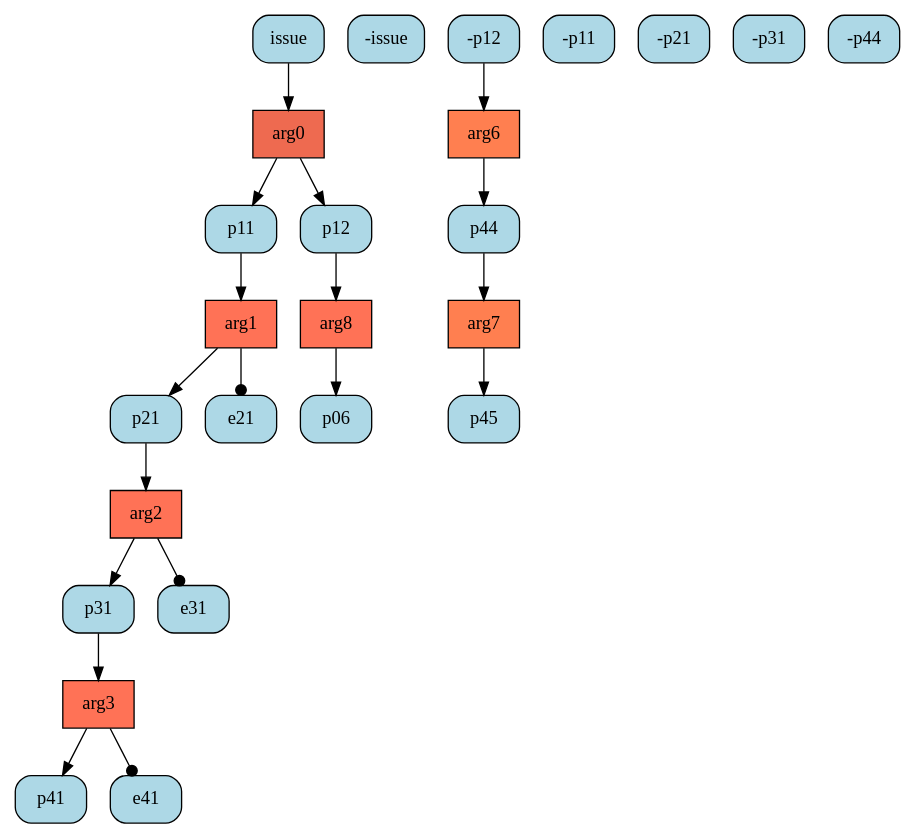
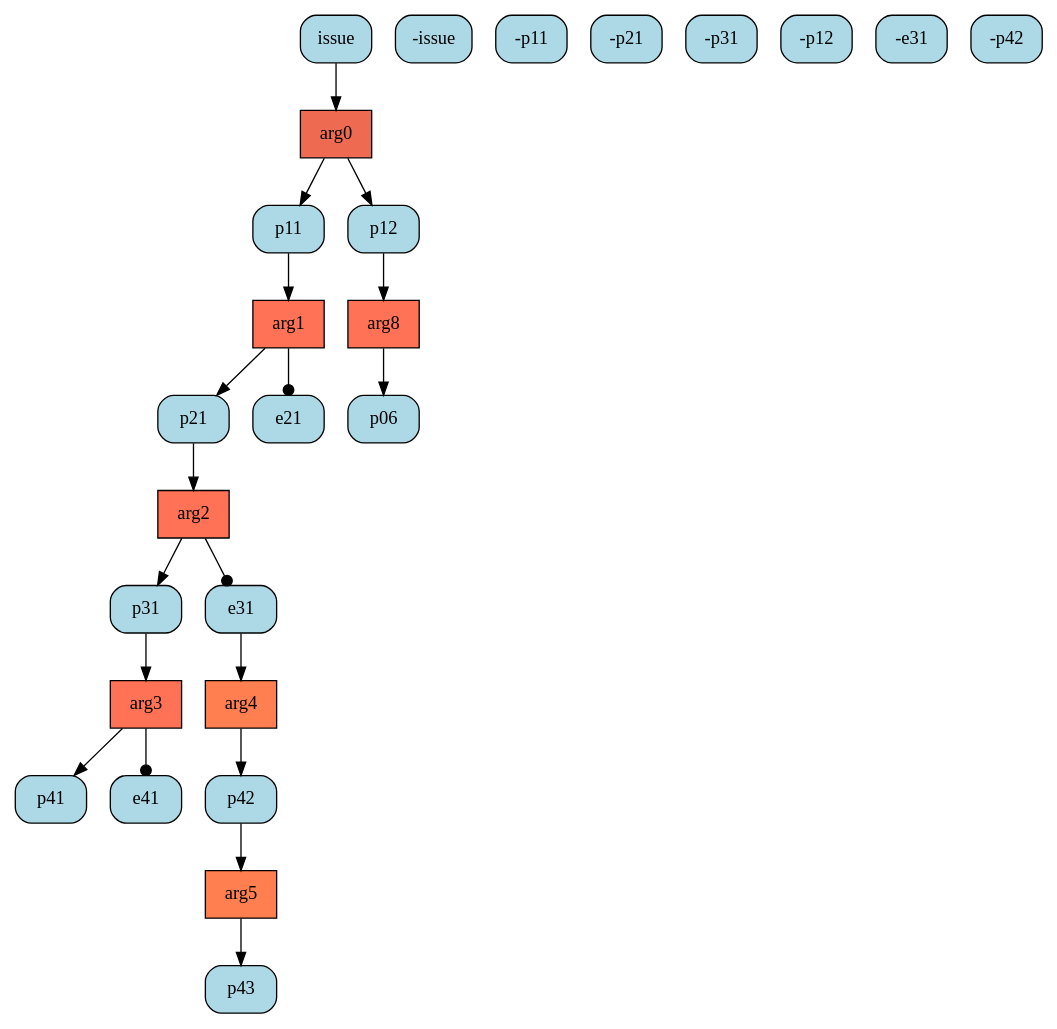
Before and after one commit to goweiting/carneades-ext: the diagram in system/dot/deep1vs1/1_final.dot, drawn with Graphviz. The commit also changed 38 other files, not shown here.

```diff
--- a/system/dot/deep1vs1/1_final.dot
+++ b/system/dot/deep1vs1/1_final.dot
@@ -1,45 +1,46 @@
 digraph G{ 
 "arg0" [color="black", fillcolor="coral2",fixedsize=false, shape=box, style="filled"]; 
 "issue" [color="black", fillcolor="lightblue", fixedsize=false,  shape="box", style="rounded,filled"]; 
 "-issue" [color="black", fillcolor="lightblue", fixedsize=false,  shape="box", style="rounded,filled"]; 
 "p11" [color="black", fillcolor="lightblue", fixedsize=false,  shape="box", style="rounded,filled"]; 
 "p12" [color="black", fillcolor="lightblue", fixedsize=false,  shape="box", style="rounded,filled"]; 
-"arg8" [color="black", fillcolor="coral1",fixedsize=false, shape=box, style="filled"]; 
-"-p12" [color="black", fillcolor="lightblue", fixedsize=false,  shape="box", style="rounded,filled"]; 
-"p06" [color="black", fillcolor="lightblue", fixedsize=false,  shape="box", style="rounded,filled"]; 
 "arg1" [color="black", fillcolor="coral1",fixedsize=false, shape=box, style="filled"]; 
 "-p11" [color="black", fillcolor="lightblue", fixedsize=false,  shape="box", style="rounded,filled"]; 
 "p21" [color="black", fillcolor="lightblue", fixedsize=false,  shape="box", style="rounded,filled"]; 
 "e21" [color="black", fillcolor="lightblue", fixedsize=false,  shape="box", style="rounded,filled"]; 
 "arg2" [color="black", fillcolor="coral1",fixedsize=false, shape=box, style="filled"]; 
 "-p21" [color="black", fillcolor="lightblue", fixedsize=false,  shape="box", style="rounded,filled"]; 
 "p31" [color="black", fillcolor="lightblue", fixedsize=false,  shape="box", style="rounded,filled"]; 
 "e31" [color="black", fillcolor="lightblue", fixedsize=false,  shape="box", style="rounded,filled"]; 
 "arg3" [color="black", fillcolor="coral1",fixedsize=false, shape=box, style="filled"]; 
 "-p31" [color="black", fillcolor="lightblue", fixedsize=false,  shape="box", style="rounded,filled"]; 
 "p41" [color="black", fillcolor="lightblue", fixedsize=false,  shape="box", style="rounded,filled"]; 
 "e41" [color="black", fillcolor="lightblue", fixedsize=false,  shape="box", style="rounded,filled"]; 
-"arg6" [color="black", fillcolor="coral",fixedsize=false, shape=box, style="filled"]; 
-"p44" [color="black", fillcolor="lightblue", fixedsize=false,  shape="box", style="rounded,filled"]; 
-"arg7" [color="black", fillcolor="coral",fixedsize=false, shape=box, style="filled"]; 
-"-p44" [color="black", fillcolor="lightblue", fixedsize=false,  shape="box", style="rounded,filled"]; 
-"p45" [color="black", fillcolor="lightblue", fixedsize=false,  shape="box", style="rounded,filled"]; 
+"arg8" [color="black", fillcolor="coral1",fixedsize=false, shape=box, style="filled"]; 
+"-p12" [color="black", fillcolor="lightblue", fixedsize=false,  shape="box", style="rounded,filled"]; 
+"p06" [color="black", fillcolor="lightblue", fixedsize=false,  shape="box", style="rounded,filled"]; 
+"arg4" [color="black", fillcolor="coral",fixedsize=false, shape=box, style="filled"]; 
+"-e31" [color="black", fillcolor="lightblue", fixedsize=false,  shape="box", style="rounded,filled"]; 
+"p42" [color="black", fillcolor="lightblue", fixedsize=false,  shape="box", style="rounded,filled"]; 
+"arg5" [color="black", fillcolor="coral",fixedsize=false, shape=box, style="filled"]; 
+"-p42" [color="black", fillcolor="lightblue", fixedsize=false,  shape="box", style="rounded,filled"]; 
+"p43" [color="black", fillcolor="lightblue", fixedsize=false,  shape="box", style="rounded,filled"]; 
 "issue" -> "arg0" ; 
 "arg0" -> "p11" ; 
 "arg0" -> "p12" ; 
-"p12" -> "arg8" ; 
-"arg8" -> "p06" ; 
 "p11" -> "arg1" ; 
 "arg1" -> "p21" ; 
 "arg1" -> "e21" [arrowhead=dot] ; 
 "p21" -> "arg2" ; 
 "arg2" -> "p31" ; 
 "arg2" -> "e31" [arrowhead=dot] ; 
 "p31" -> "arg3" ; 
 "arg3" -> "p41" ; 
 "arg3" -> "e41" [arrowhead=dot] ; 
-"-p12" -> "arg6" ; 
-"arg6" -> "p44" ; 
-"p44" -> "arg7" ; 
-"arg7" -> "p45" ; 
+"p12" -> "arg8" ; 
+"arg8" -> "p06" ; 
+"e31" -> "arg4" ; 
+"arg4" -> "p42" ; 
+"p42" -> "arg5" ; 
+"arg5" -> "p43" ; 
 }
```
